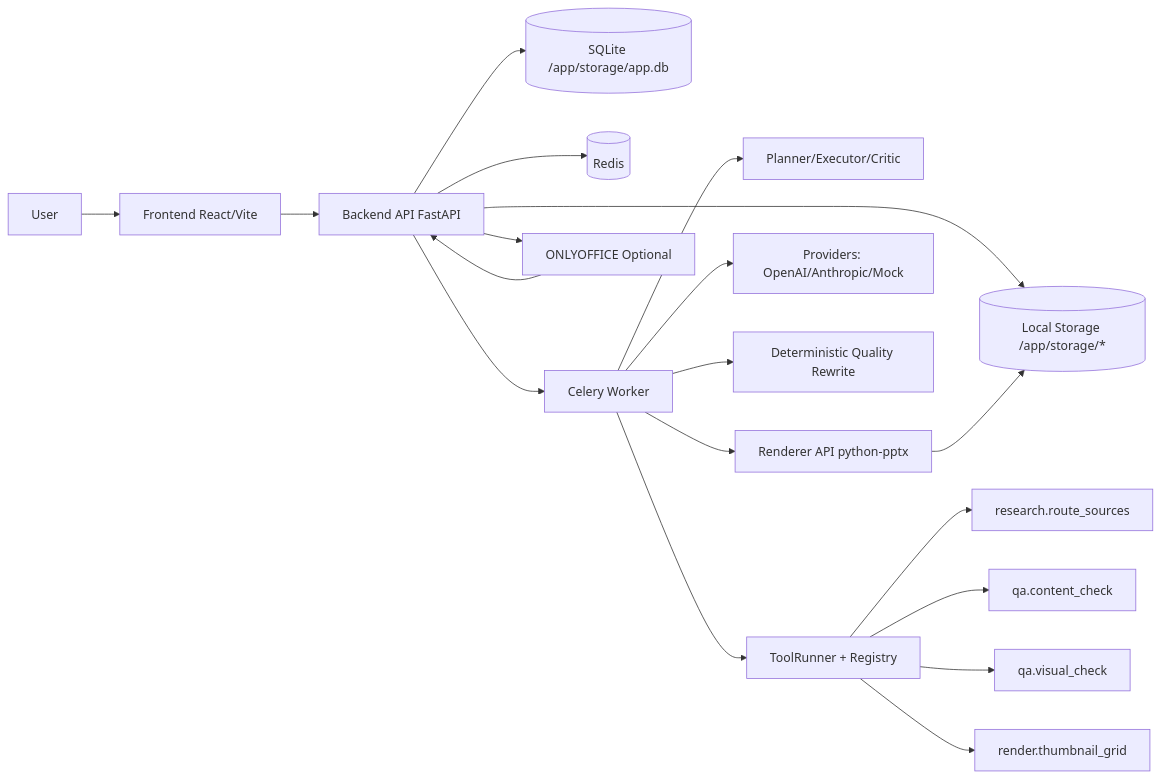
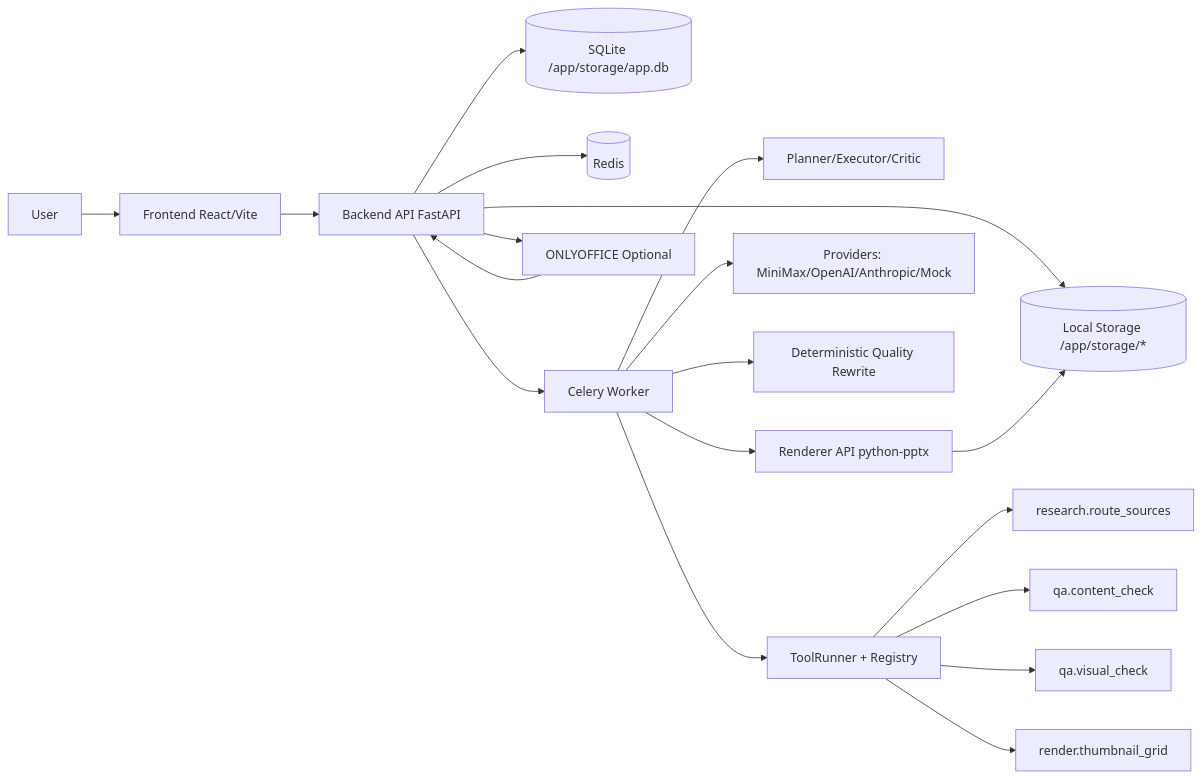
The first of 3 diagrams in docs/ARCHITECTURE.md (faiqhilman13/ppt-ting), drawn with Mermaid before and after one commit. The commit also changed 14 other files, not shown here.

Commit message:
feat: harden generation flow, fix slide count selection, and improve frontend dev reload

````diff
--- a/docs/ARCHITECTURE.md
+++ b/docs/ARCHITECTURE.md
@@ -24,25 +24,25 @@
 ```mermaid
 flowchart LR
     U[User] --> F[Frontend React/Vite]
     F --> B[Backend API FastAPI]
 
     B --> DB[(SQLite /app/storage/app.db)]
     B --> FS[(Local Storage /app/storage/*)]
     B --> RQ[(Redis)]
     B --> W[Celery Worker]
 
     W --> P[Planner/Executor/Critic]
     W --> TR[ToolRunner + Registry]
     TR --> T1[research.route_sources]
     TR --> T2[qa.content_check]
     TR --> T3[qa.visual_check]
     TR --> T4[render.thumbnail_grid]
 
-    W --> LLM[Providers: OpenAI/Anthropic/Mock]
+    W --> LLM[Providers: MiniMax/OpenAI/Anthropic/Mock]
     W --> QL[Deterministic Quality Rewrite]
     W --> REN[Renderer API python-pptx]
     REN --> FS
 
     B --> OO[ONLYOFFICE Optional]
     OO --> B
 ```
````
